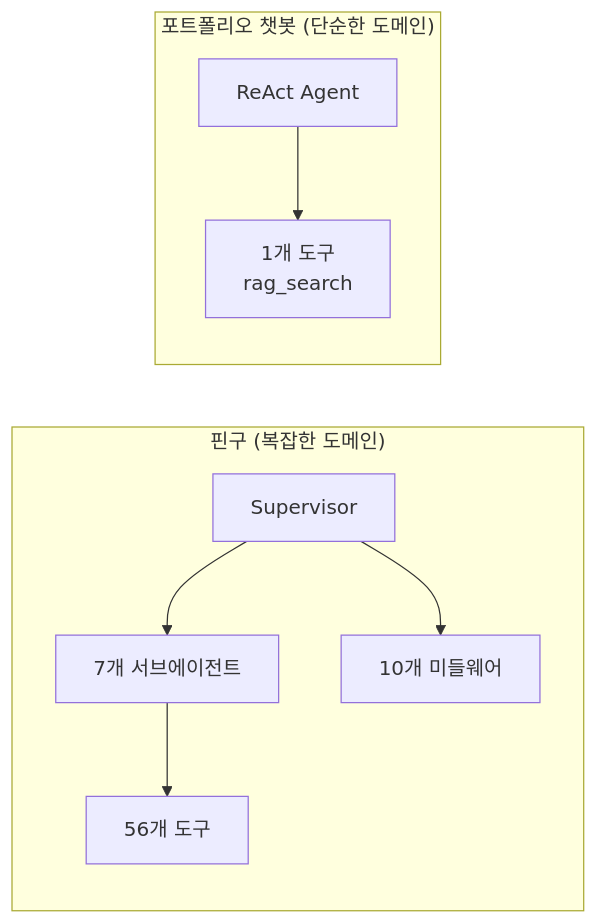
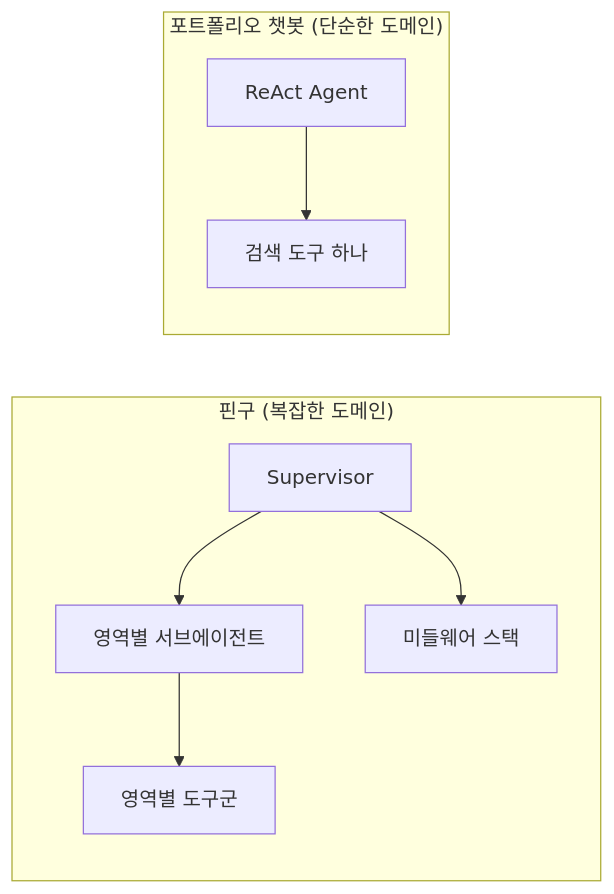
Before and after one commit to genie49/genie-cv: the first of 4 diagrams in data/content/notes/langchain-agent.md, drawn with Mermaid. The commit also changed other lines of this file and 16 other files, not shown here.

````diff
--- a/data/content/notes/langchain-agent.md
+++ b/data/content/notes/langchain-agent.md
@@ -11,12 +11,12 @@
 ```mermaid
 flowchart LR
     subgraph "핀구 (복잡한 도메인)"
-        F1[Supervisor] --> F2[7개 서브에이전트]
-        F2 --> F3[56개 도구]
-        F1 --> F4[10개 미들웨어]
+        F1[Supervisor] --> F2[영역별 서브에이전트]
+        F2 --> F3[영역별 도구군]
+        F1 --> F4[미들웨어 스택]
     end
 
     subgraph "포트폴리오 챗봇 (단순한 도메인)"
-        P1[ReAct Agent] --> P2[1개 도구<br/>rag_search]
+        P1[ReAct Agent] --> P2[검색 도구 하나]
     end
 ```
````
